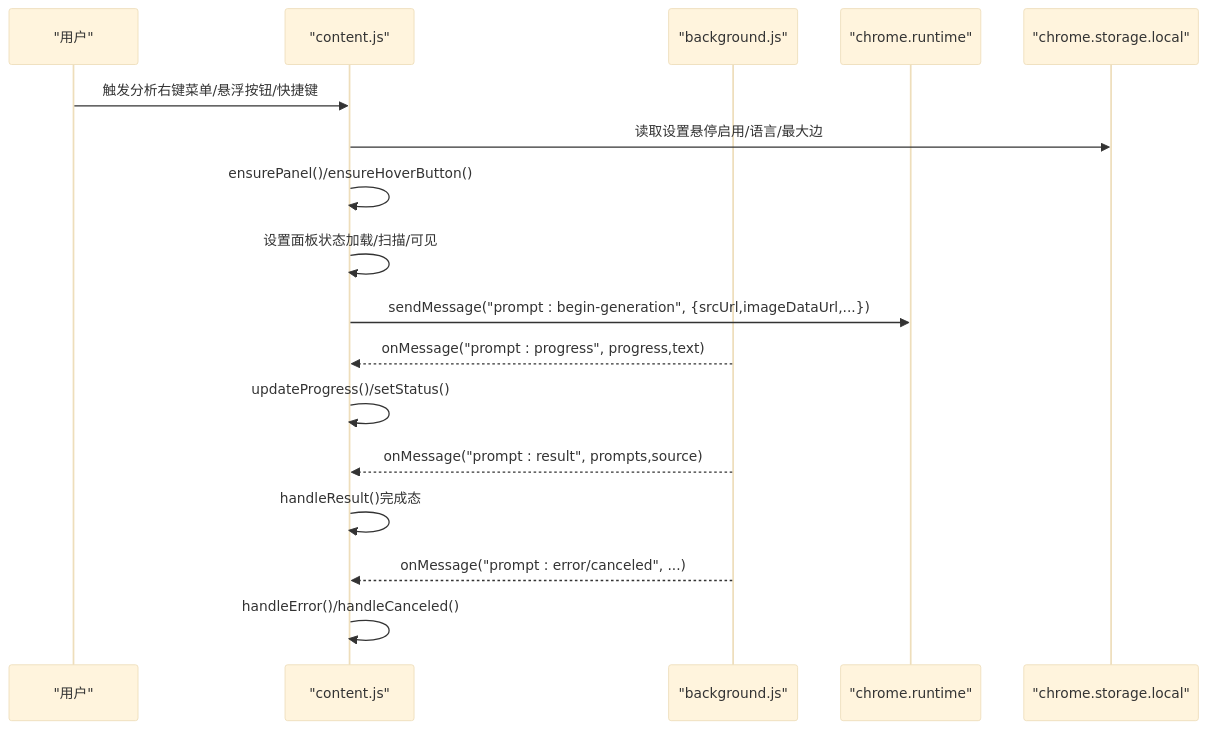
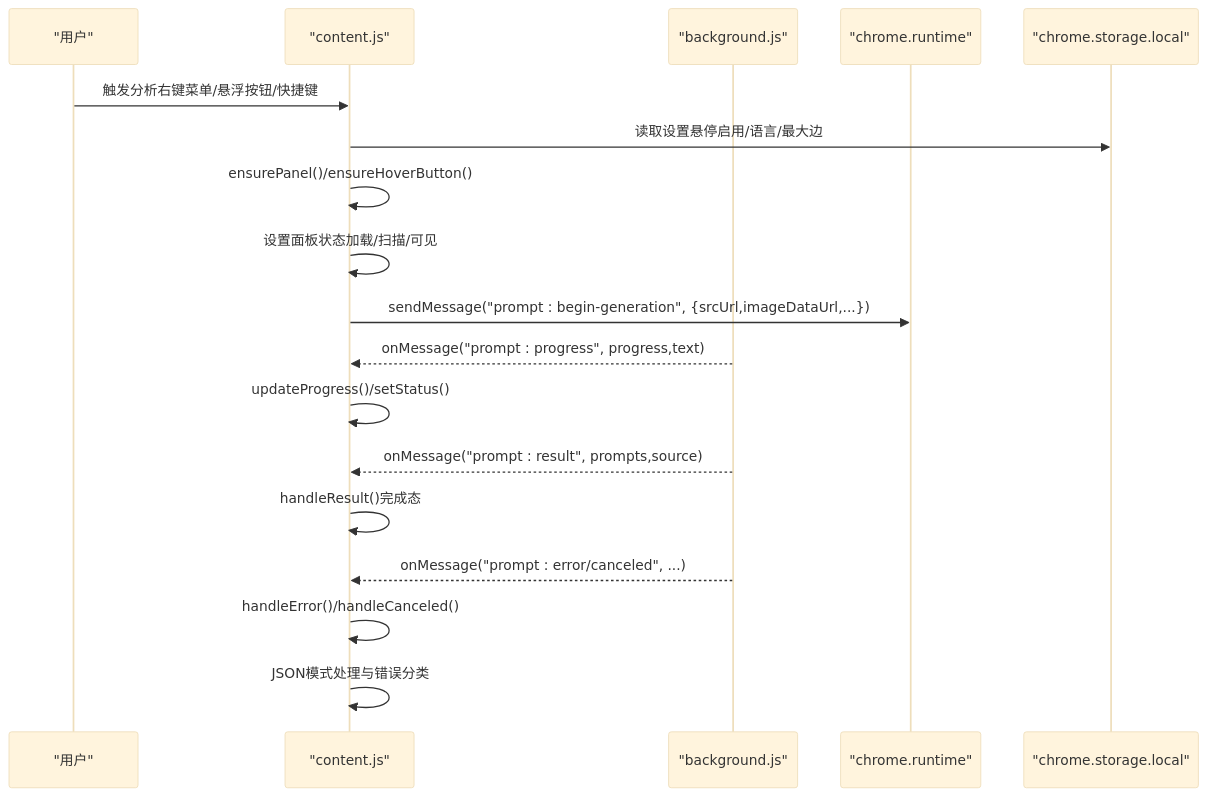
The second of 4 diagrams in .qoder/repowiki/zh/content/开发指南/功能开发/前端界面开发/内容脚本用户界面.md (binasi/Img2Prompt), drawn with Mermaid (base theme) before and after one commit. The commit also changed other lines of this file and 9 other files, not shown here.

````diff
--- a/.qoder/repowiki/zh/content/开发指南/功能开发/前端界面开发/内容脚本用户界面.md
+++ b/.qoder/repowiki/zh/content/开发指南/功能开发/前端界面开发/内容脚本用户界面.md
@@ -111,19 +130,20 @@
 ```mermaid
 sequenceDiagram
 participant U as "用户"
 participant CS as "content.js"
 participant BG as "background.js"
 participant RT as "chrome.runtime"
 participant ST as "chrome.storage.local"
 U->>CS : 触发分析右键菜单/悬浮按钮/快捷键
 CS->>ST : 读取设置悬停启用/语言/最大边
 CS->>CS : ensurePanel()/ensureHoverButton()
 CS->>CS : 设置面板状态加载/扫描/可见
 CS->>RT : sendMessage("prompt : begin-generation", {srcUrl,imageDataUrl,...})
 BG-->>CS : onMessage("prompt : progress", progress,text)
 CS->>CS : updateProgress()/setStatus()
 BG-->>CS : onMessage("prompt : result", prompts,source)
 CS->>CS : handleResult()完成态
 BG-->>CS : onMessage("prompt : error/canceled", ...)
 CS->>CS : handleError()/handleCanceled()
+CS->>CS : JSON模式处理与错误分类
 ```
````
